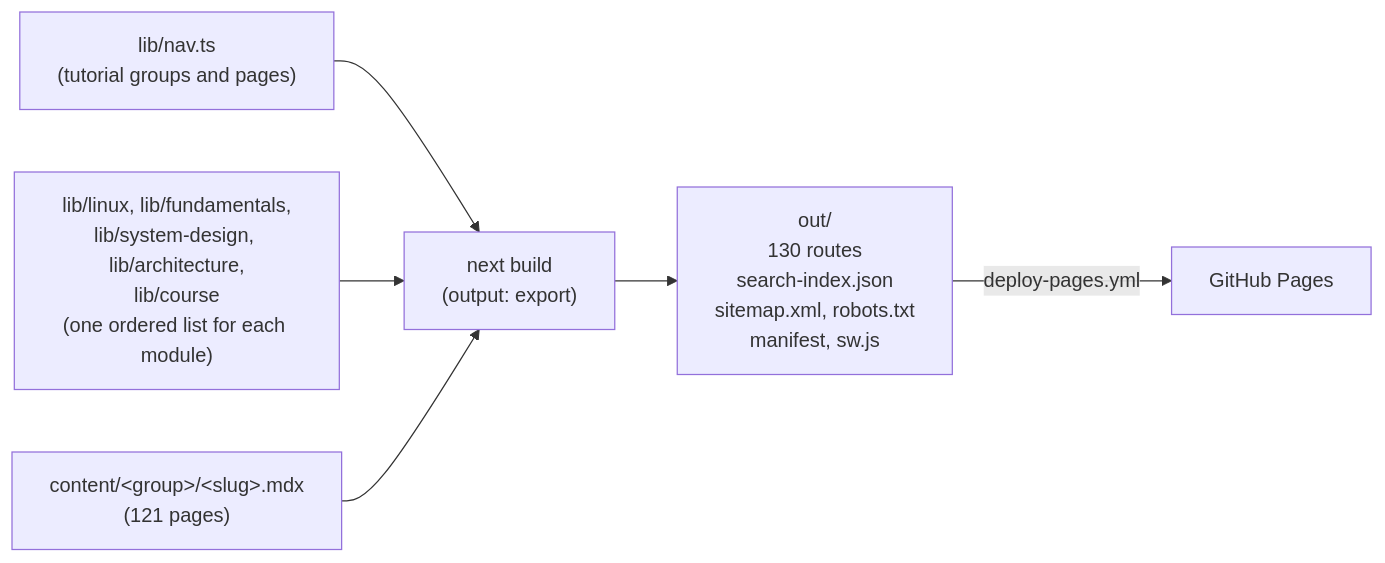
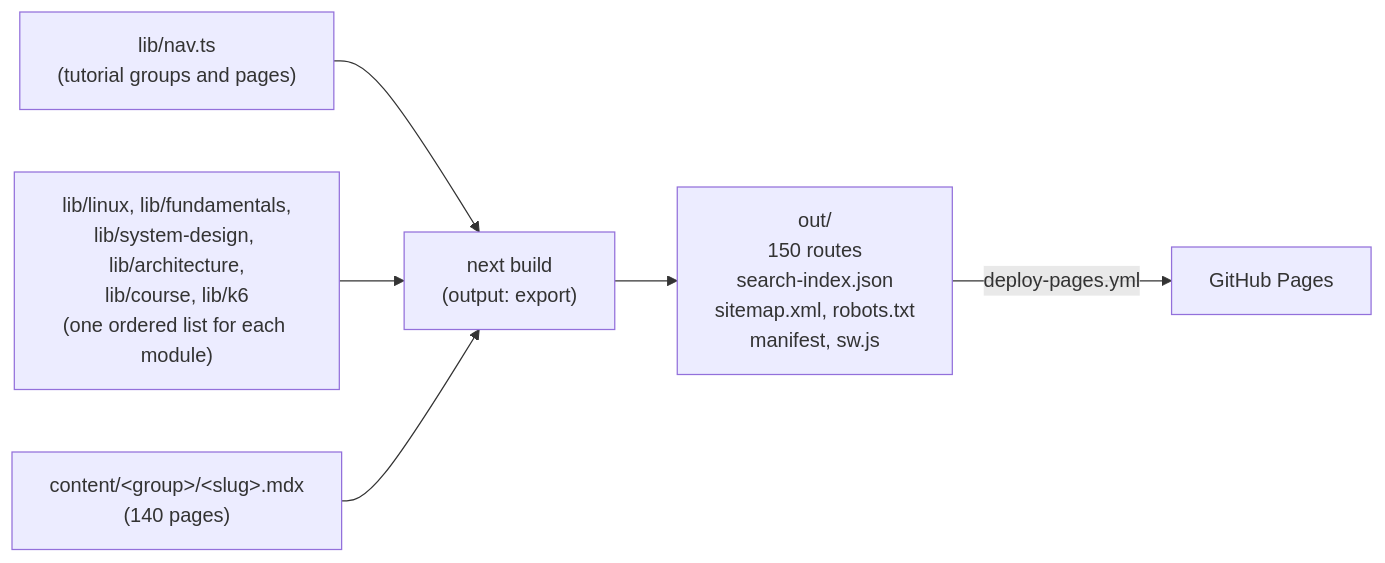
Before and after one commit to kawsar-95/ai-testing-guide: the diagram in docs/ARCHITECTURE.md, drawn with Mermaid. The commit also changed other lines of this file and 2 other files, not shown here.

Commit message:
docs(k6): document the k6 module

````diff
--- a/docs/ARCHITECTURE.md
+++ b/docs/ARCHITECTURE.md
@@ -9,15 +9,15 @@
 ```mermaid
 flowchart LR
   nav["lib/nav.ts<br/>(tutorial groups and pages)"]
-  mods["lib/linux, lib/fundamentals,<br/>lib/system-design, lib/architecture,<br/>lib/course<br/>(one ordered list for each module)"]
-  mdx["content/&lt;group&gt;/&lt;slug&gt;.mdx<br/>(121 pages)"]
+  mods["lib/linux, lib/fundamentals,<br/>lib/system-design, lib/architecture,<br/>lib/course, lib/k6<br/>(one ordered list for each module)"]
+  mdx["content/&lt;group&gt;/&lt;slug&gt;.mdx<br/>(140 pages)"]
   build["next build<br/>(output: export)"]
-  out["out/<br/>130 routes<br/>search-index.json<br/>sitemap.xml, robots.txt<br/>manifest, sw.js"]
+  out["out/<br/>150 routes<br/>search-index.json<br/>sitemap.xml, robots.txt<br/>manifest, sw.js"]
   pages["GitHub Pages"]
 
   nav --> build
   mods --> build
   mdx --> build
   build --> out
   out -->|deploy-pages.yml| pages
 ```
````
